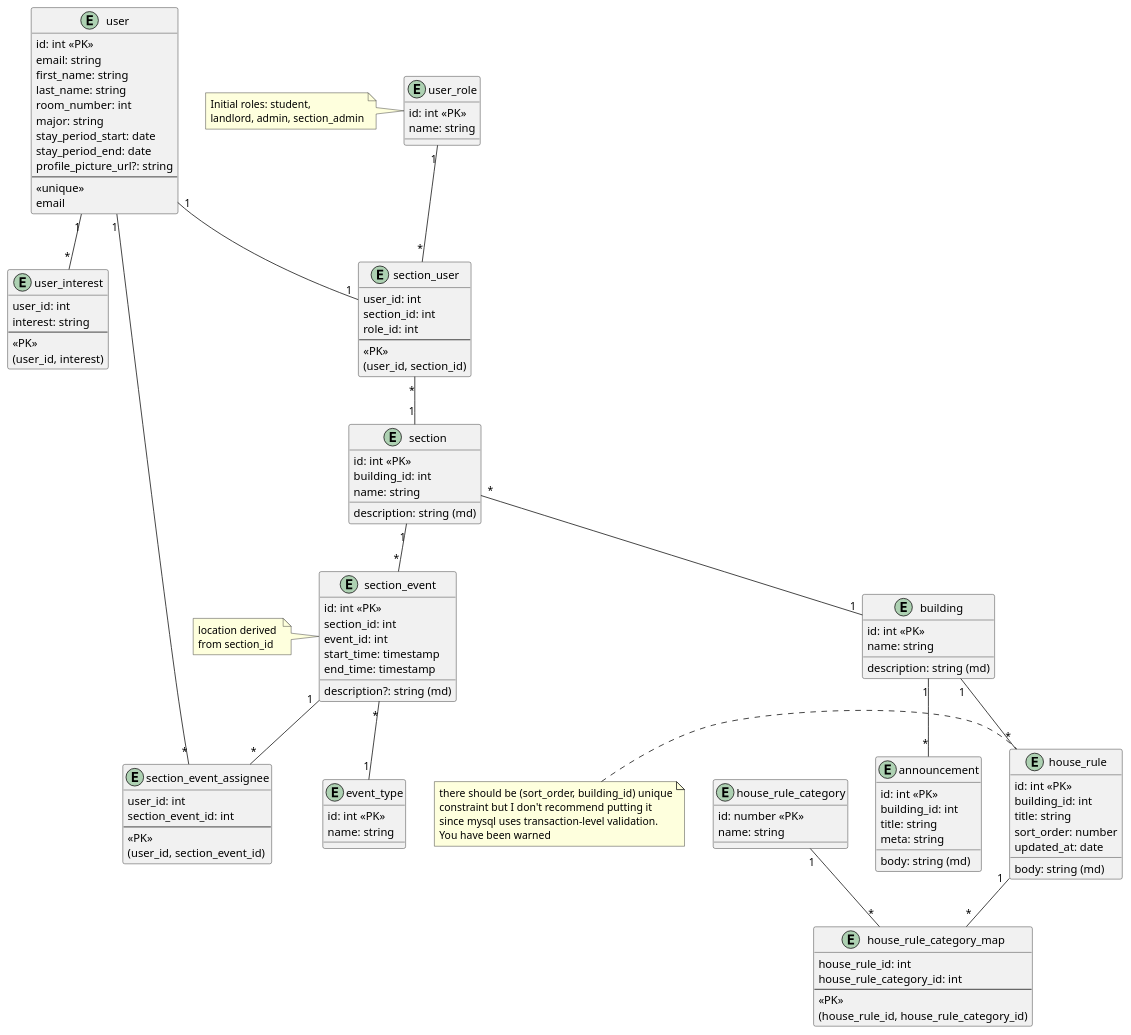
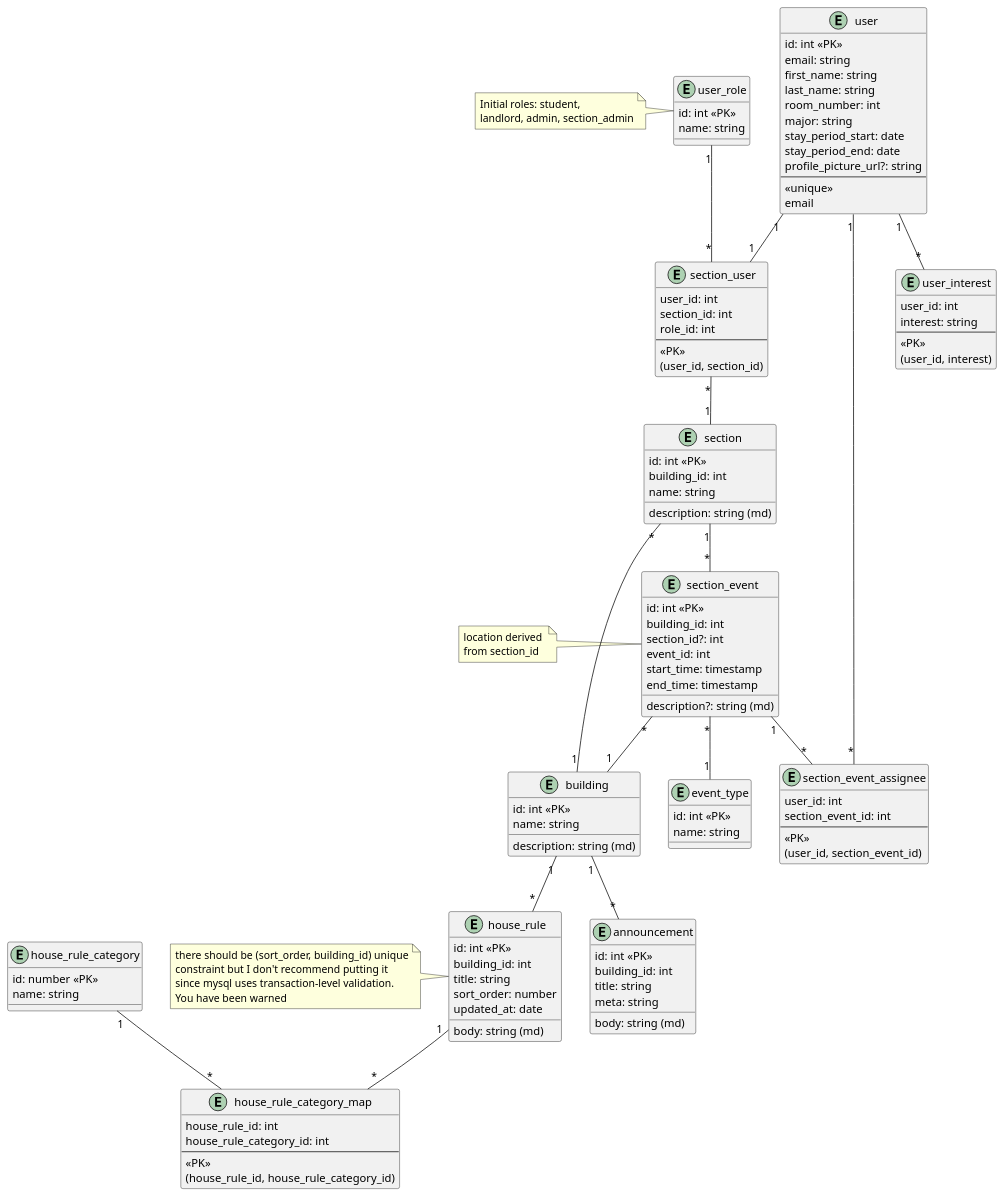
One commit to sweden-fullstack/sweden-fullstack-group-project changed the diagram in schema.puml. Above: the diagram before and after it, drawn with PlantUML. The commit also changed other lines of this file and 38 other files, not shown here.

```diff
--- a/schema.puml
+++ b/schema.puml
@@ -1,138 +1,140 @@
 @startuml
 
 entity user {
     id: int <<PK>>
     email: string
     first_name: string
     last_name: string
     room_number: int
     major: string
     stay_period_start: date
     stay_period_end: date
     profile_picture_url?: string
     ---
     <<unique>>
     email
 }
 ' Perhaps move room_number, stay_period_start and stay_period_end 
 ' to section_user since it makes more sense there?
 
 entity user_interest {
    user_id: int
    interest: string
    ---
    <<PK>>
    (user_id, interest)
 }
 
 entity section_user {
     user_id: int 
     section_id: int
     role_id: int
     ---
     <<PK>>
     (user_id, section_id)
 }
 
 entity building {
     id: int <<PK>>
     name: string
     description: string (md)
 }
 
 entity section {
     id: int <<PK>>
     building_id: int
     name: string
     description: string (md)
 }
 
 entity announcement {
     id: int <<PK>>
     building_id: int
     title: string
     meta: string
     body: string (md)
 }
 
 entity section_event {
     id: int <<PK>>
-    section_id: int
+    building_id: int
+    section_id?: int
     event_id: int
     description?: string (md)
     start_time: timestamp
     end_time: timestamp
 }
 
 note left of section_event
    location derived 
    from section_id
 end note
 
 entity event_type {
     id: int <<PK>>
     name: string
 }
 
 entity user_role {
    id: int <<PK>>
    name: string
 }
 
 note left of user_role
    Initial roles: student, 
    landlord, admin, section_admin
 end note
 
 entity house_rule {
     id: int <<PK>>
     building_id: int
     title: string
     body: string (md)
     sort_order: number
     updated_at: date
 }
 
 note left of house_rule
    there should be (sort_order, building_id) unique
    constraint but I don't recommend putting it
    since mysql uses transaction-level validation.
    You have been warned
 end note
 
 entity house_rule_category_map {
    house_rule_id: int
    house_rule_category_id: int
    ---
    <<PK>>
    (house_rule_id, house_rule_category_id)
 }
 
 entity house_rule_category {
     id: number <<PK>>
     name: string
 }
 
 entity section_event_assignee {
    user_id: int
    section_event_id: int
    ---
    <<PK>>
    (user_id, section_event_id)
 }
 
 user "1" -- "1" section_user
 user "1" -- "*" user_interest
 user "1" -- "*" section_event_assignee
 user_role "1" -- "*" section_user
 section_user "*" -- "1" section
 section "1" -- "*" section_event
 section "*" -- "1" building
 section_event "*" -- "1" event_type
+section_event "*" -- "1" building
 section_event "1" -- "*" section_event_assignee
 building "1" -- "*" announcement
 building "1" -- "*" house_rule
 house_rule "1" -- "*" house_rule_category_map
 house_rule_category "1" -- "*" house_rule_category_map
 
 @enduml
```
